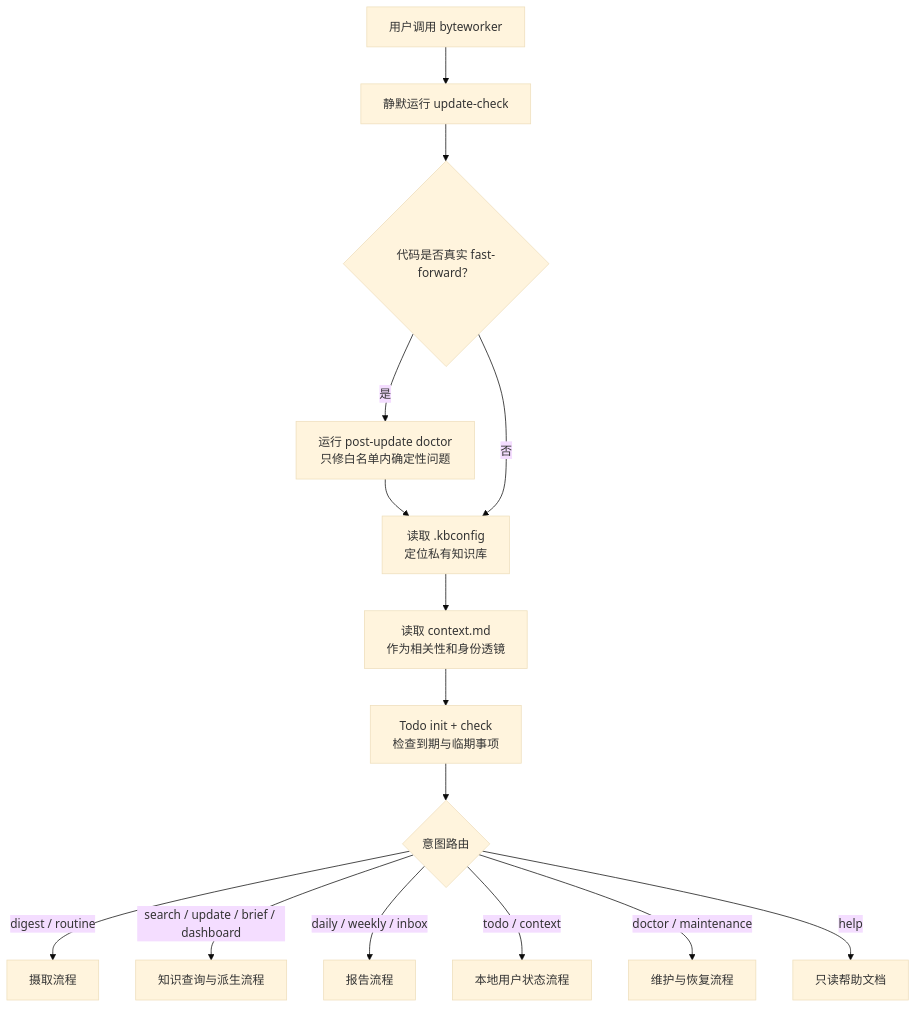
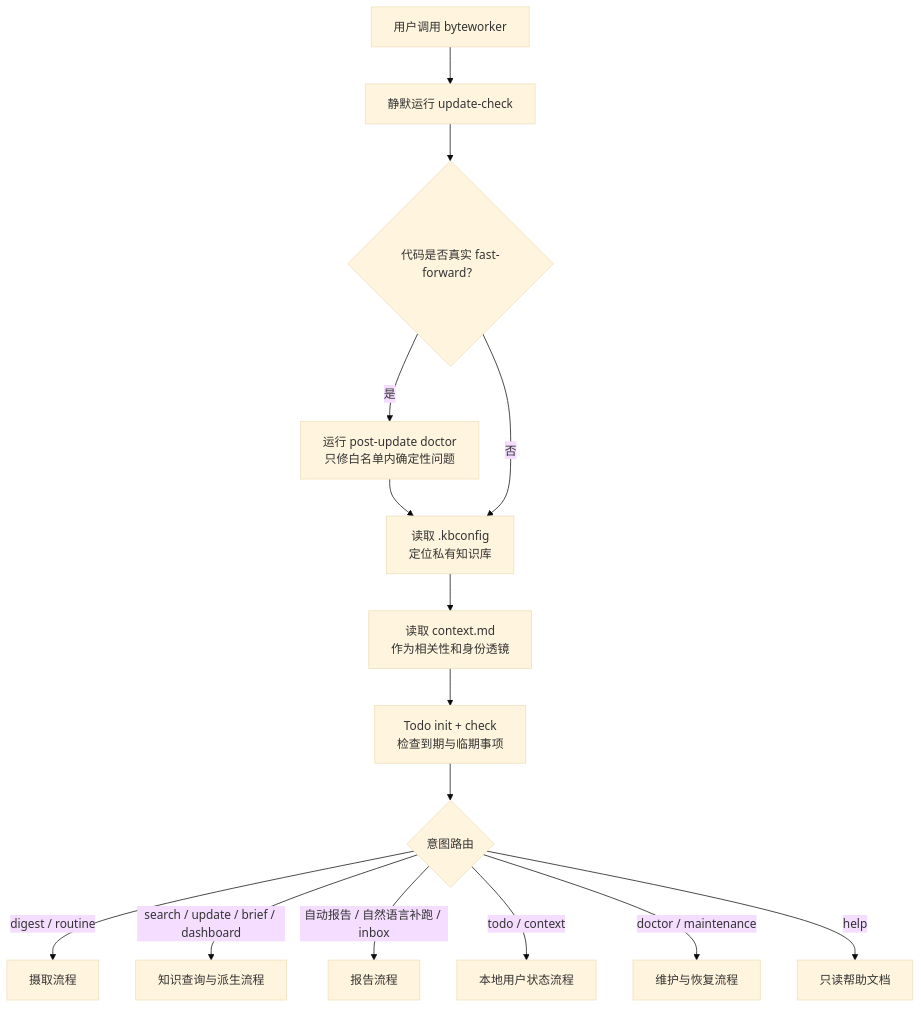
One commit to ranjiao/byteworker changed the fourth of 19 diagrams in ARCHITECTURE.md. Above: the diagram before and after it, drawn with Mermaid (base theme). The commit also changed other lines of this file and 23 other files, not shown here.

Commit message:
feat: automate scheduled daily and weekly reports

````diff
--- a/ARCHITECTURE.md
+++ b/ARCHITECTURE.md
@@ -124,23 +126,23 @@
 ```mermaid
 flowchart TD
     I["用户调用 byteworker"]
     U["静默运行 update-check"]
     G{"代码是否真实 fast-forward？"}
     P["运行 post-update doctor<br/>只修白名单内确定性问题"]
     K["读取 .kbconfig<br/>定位私有知识库"]
     C["读取 context.md<br/>作为相关性和身份透镜"]
     T["Todo init + check<br/>检查到期与临期事项"]
     R{"意图路由"}
 
     I --> U --> G
     G -->|"是"| P --> K
     G -->|"否"| K
     K --> C --> T --> R
 
     R -->|"digest / routine"| D["摄取流程"]
     R -->|"search / update / brief / dashboard"| Q["知识查询与派生流程"]
-    R -->|"daily / weekly / inbox"| W["报告流程"]
+    R -->|"自动报告 / 自然语言补跑 / inbox"| W["报告流程"]
     R -->|"todo / context"| L["本地用户状态流程"]
     R -->|"doctor / maintenance"| M["维护与恢复流程"]
     R -->|"help"| H["只读帮助文档"]
 ```
````
